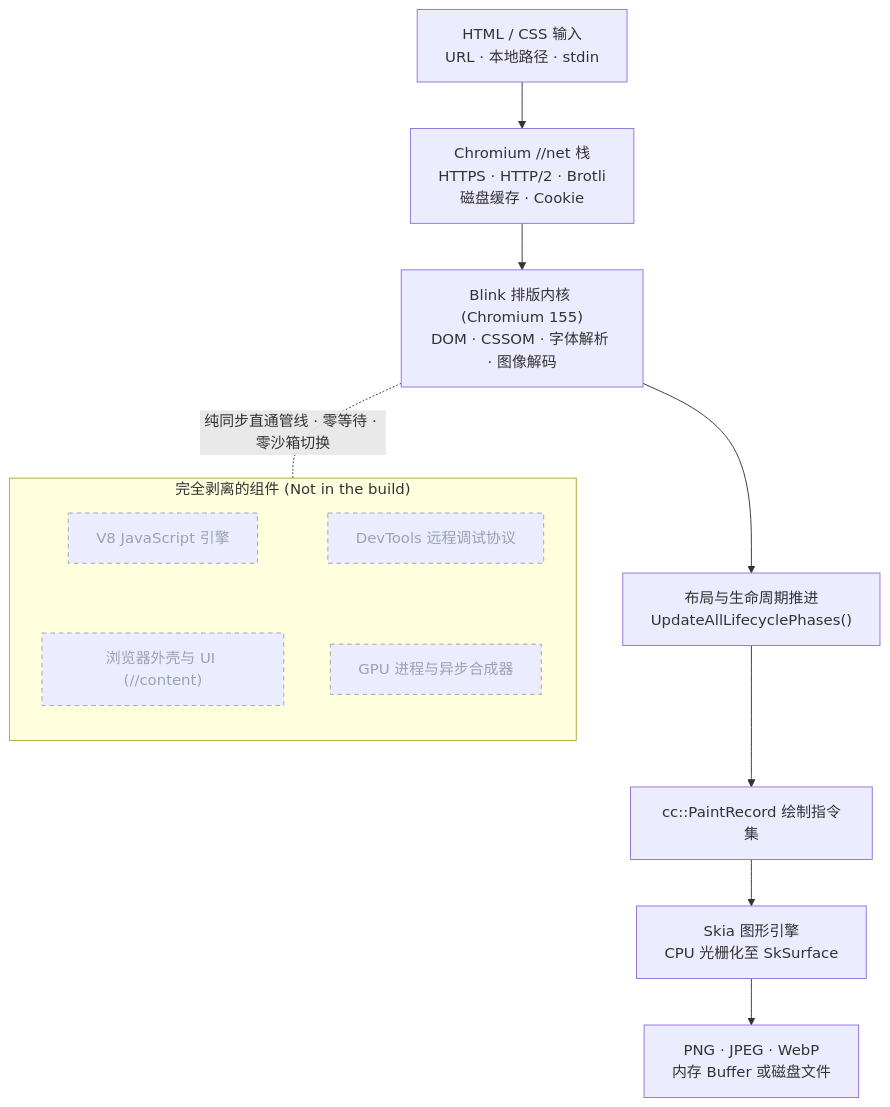
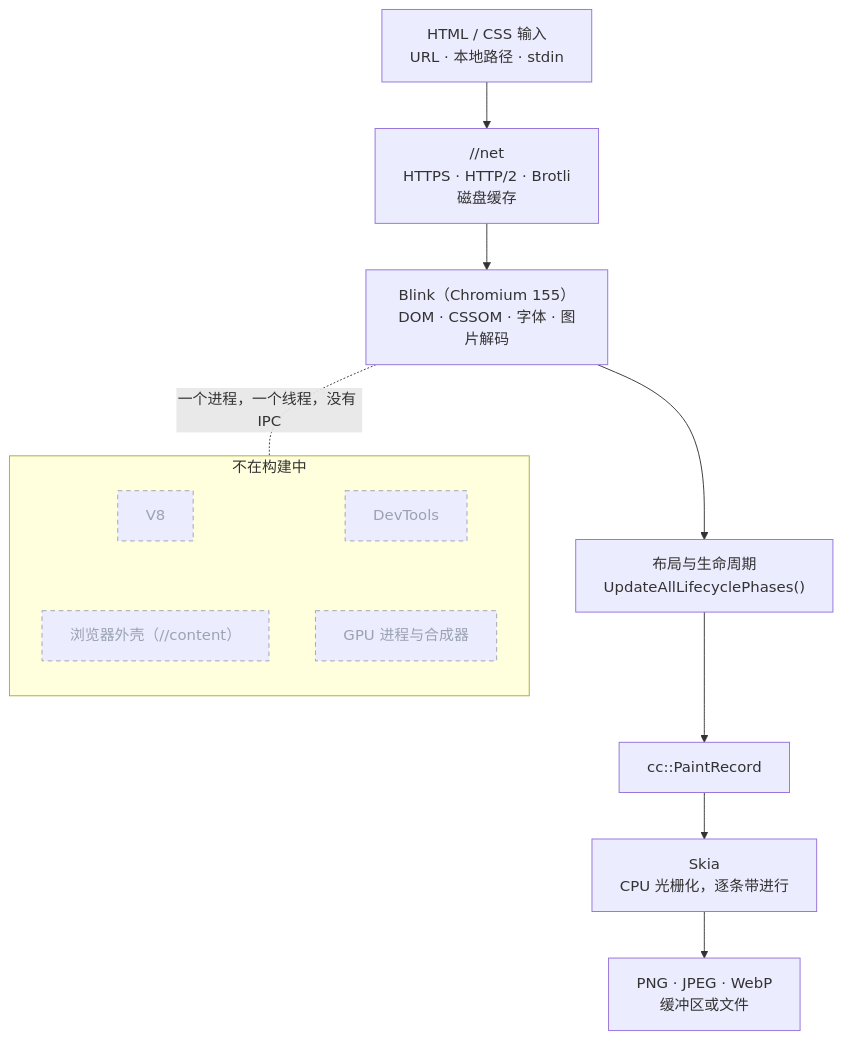
Before and after one commit to sj817/shotium: the diagram in README.zh.md, drawn with Mermaid. The commit also changed other lines of this file and 7 other files, not shown here.

````diff
--- a/README.zh.md
+++ b/README.zh.md
@@ -317,27 +224,27 @@
 ```mermaid
 flowchart TB
     IN["HTML / CSS 输入<br/>URL · 本地路径 · stdin"]
-    NET["Chromium //net 栈<br/>HTTPS · HTTP/2 · Brotli<br/>磁盘缓存 · Cookie"]
-    BLINK["Blink 排版内核 (Chromium 155)<br/>DOM · CSSOM · 字体解析 · 图像解码"]
-    LIFE["布局与生命周期推进<br/>UpdateAllLifecyclePhases()"]
-    REC["cc::PaintRecord 绘制指令集"]
-    SKIA["Skia 图形引擎<br/>CPU 光栅化至 SkSurface"]
-    OUT["PNG · JPEG · WebP<br/>内存 Buffer 或磁盘文件"]
+    NET["//net<br/>HTTPS · HTTP/2 · Brotli<br/>磁盘缓存"]
+    BLINK["Blink（Chromium 155）<br/>DOM · CSSOM · 字体 · 图片解码"]
+    LIFE["布局与生命周期<br/>UpdateAllLifecyclePhases()"]
+    REC["cc::PaintRecord"]
+    SKIA["Skia<br/>CPU 光栅化，逐条带进行"]
+    OUT["PNG · JPEG · WebP<br/>缓冲区或文件"]
 
     IN --> NET --> BLINK --> LIFE --> REC --> SKIA --> OUT
 
-    subgraph cut["完全剥离的组件 (Not in the build)"]
+    subgraph cut["不在构建中"]
         direction TB
-        V8["V8 JavaScript 引擎"]
-        SHELL["浏览器外壳与 UI (//content)"]
-        DEVTOOLS["DevTools 远程调试协议"]
-        GPU["GPU 进程与异步合成器"]
+        V8["V8"]
+        SHELL["浏览器外壳（//content）"]
+        DEVTOOLS["DevTools"]
+        GPU["GPU 进程与合成器"]
         V8 ~~~ SHELL
         DEVTOOLS ~~~ GPU
     end
 
-    BLINK -. "纯同步直通管线 · 零等待 · 零沙箱切换" .- cut
+    BLINK -. "一个进程，一个线程，没有 IPC" .- cut
 
     classDef gone stroke-dasharray: 5 4,color:#9aa3af,stroke:#9aa3af
     class V8,SHELL,DEVTOOLS,GPU gone
 ```
````
